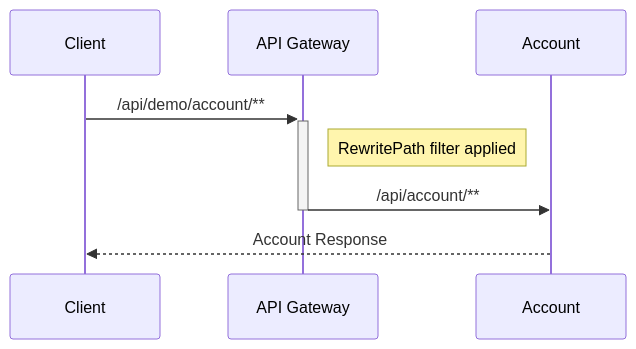
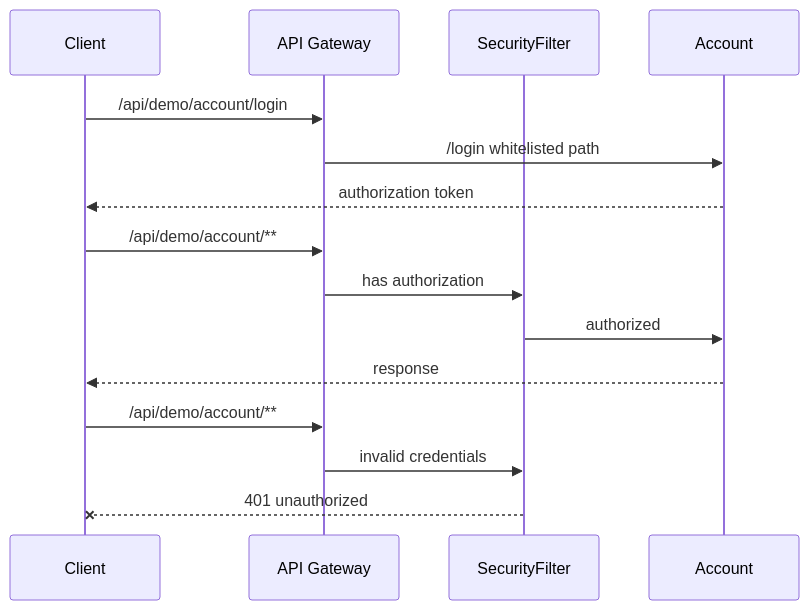
Before and after one commit to david-ds-teles/spring_cloud_gateway: the diagram in README.md, drawn with Mermaid. The commit also changed other lines of this file and 8 other files, not shown here.

````diff
--- a/README.md
+++ b/README.md
@@ -8,12 +15,21 @@
 ```mermaid
 sequenceDiagram
     participant Client
     participant API Gateway
+    participant SecurityFilter
     participant Account
 
-    Client->>+API Gateway: /api/demo/account/**
-    Note right of API Gateway: RewritePath filter applied
+    Client ->> API Gateway: /api/demo/account/login
+    API Gateway ->> Account: /login whitelisted path
+    Account -->> Client: authorization token
+    
+    Client ->> API Gateway: /api/demo/account/**
+    API Gateway ->> SecurityFilter: has authorization
+    SecurityFilter ->> Account: authorized
+    Account -->> Client: response
 
-    API Gateway->>-Account: /api/account/**
-    Account-->>Client: Account Response
+    Client ->> API Gateway: /api/demo/account/**
+    API Gateway ->> SecurityFilter: invalid credentials
+    SecurityFilter --x Client: 401 unauthorized
+
 ```
````
